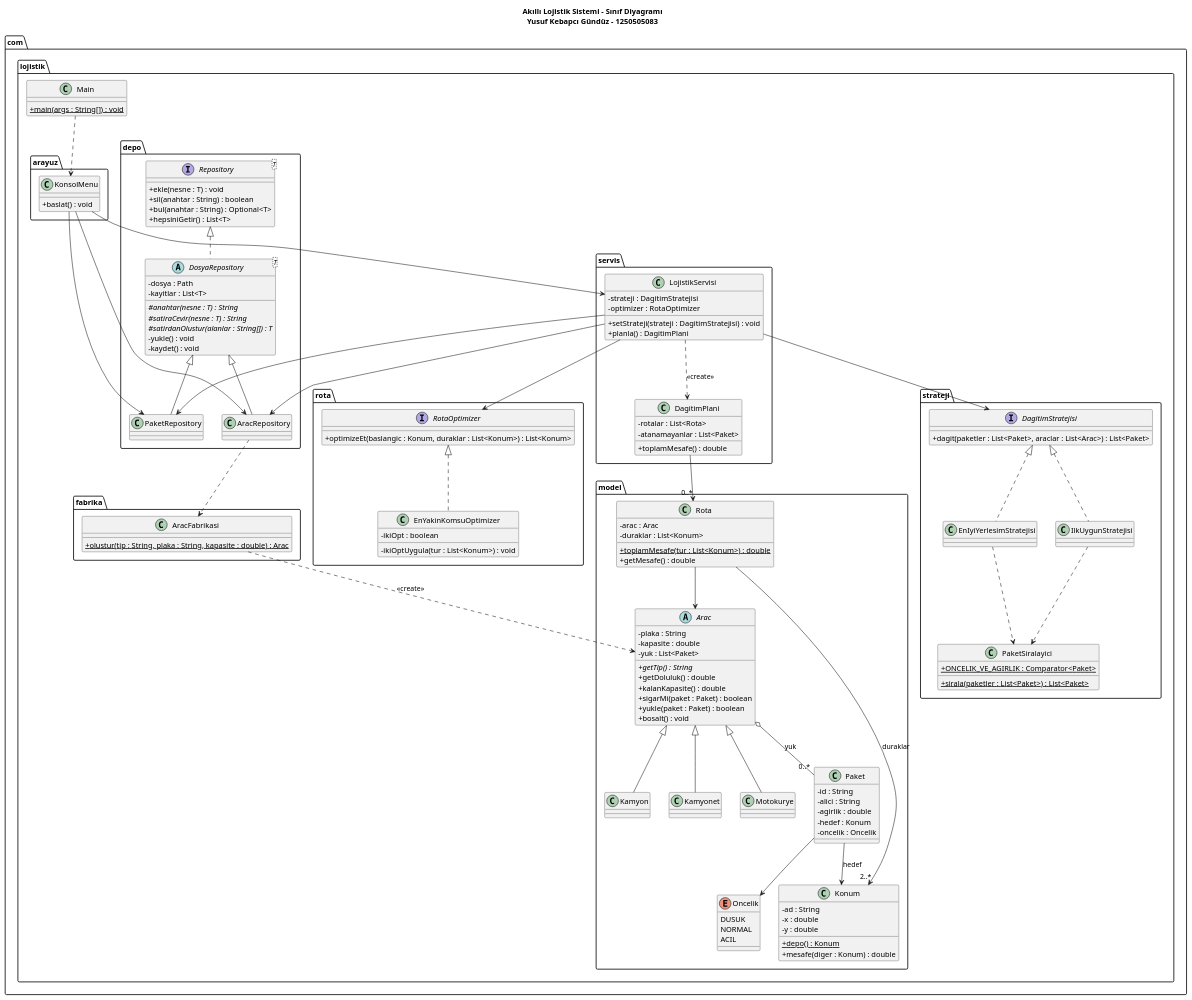
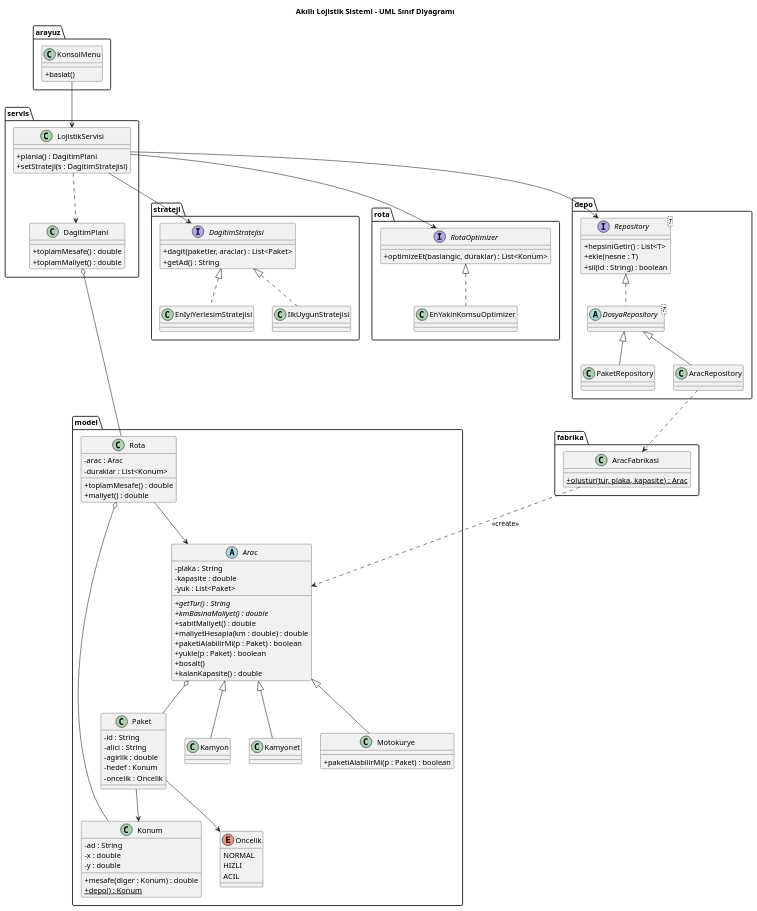
The diagram in uml.puml (YusfGndzz/Lojistik), drawn with PlantUML before and after one commit. The commit also changed 27 other files, not shown here.

```diff
--- a/uml.puml
+++ b/uml.puml
@@ -1,161 +1,123 @@
 @startuml
-title Akıllı Lojistik Sistemi - Sınıf Diyagramı\nYusuf Kebapcı Gündüz - 1250505083
-
+title Akıllı Lojistik Sistemi - UML Sınıf Diyagramı
 skinparam classAttributeIconSize 0
 
-package com.lojistik {
-  class Main {
-    + {static} main(args : String[]) : void
-  }
-}
-
-package com.lojistik.model {
+package model {
   class Konum {
     - ad : String
     - x : double
     - y : double
+    + mesafe(diger : Konum) : double
     + {static} depo() : Konum
-    + mesafe(diger : Konum) : double
   }
-
   enum Oncelik {
-    DUSUK
     NORMAL
+    HIZLI
     ACIL
   }
-
   class Paket {
     - id : String
     - alici : String
     - agirlik : double
     - hedef : Konum
     - oncelik : Oncelik
   }
-
   abstract class Arac {
     - plaka : String
     - kapasite : double
     - yuk : List<Paket>
-    + {abstract} getTip() : String
-    + getDoluluk() : double
+    + {abstract} getTur() : String
+    + {abstract} kmBasinaMaliyet() : double
+    + sabitMaliyet() : double
+    + maliyetHesapla(km : double) : double
+    + paketiAlabilirMi(p : Paket) : boolean
+    + yukle(p : Paket) : boolean
+    + bosalt()
     + kalanKapasite() : double
-    + sigarMi(paket : Paket) : boolean
-    + yukle(paket : Paket) : boolean
-    + bosalt() : void
   }
-
   class Kamyon
   class Kamyonet
-  class Motokurye
-
+  class Motokurye {
+    + paketiAlabilirMi(p : Paket) : boolean
+  }
   class Rota {
     - arac : Arac
     - duraklar : List<Konum>
-    + {static} toplamMesafe(tur : List<Konum>) : double
-    + getMesafe() : double
+    + toplamMesafe() : double
+    + maliyet() : double
   }
 }
 
-package com.lojistik.strateji {
+package strateji {
   interface DagitimStratejisi {
-    + dagit(paketler : List<Paket>, araclar : List<Arac>) : List<Paket>
+    + dagit(paketler, araclar) : List<Paket>
+    + getAd() : String
   }
   class EnIyiYerlesimStratejisi
   class IlkUygunStratejisi
-  class PaketSiralayici {
-    + {static} ONCELIK_VE_AGIRLIK : Comparator<Paket>
-    + {static} sirala(paketler : List<Paket>) : List<Paket>
+}
+
+package rota {
+  interface RotaOptimizer {
+    + optimizeEt(baslangic, duraklar) : List<Konum>
+  }
+  class EnYakinKomsuOptimizer
+}
+
+package fabrika {
+  class AracFabrikasi {
+    + {static} olustur(tur, plaka, kapasite) : Arac
   }
 }
 
-package com.lojistik.rota {
-  interface RotaOptimizer {
-    + optimizeEt(baslangic : Konum, duraklar : List<Konum>) : List<Konum>
+package depo {
+  interface "Repository<T>" as Repository {
+    + hepsiniGetir() : List<T>
+    + ekle(nesne : T)
+    + sil(id : String) : boolean
   }
-  class EnYakinKomsuOptimizer {
-    - ikiOpt : boolean
-    - ikiOptUygula(tur : List<Konum>) : void
-  }
-}
-
-package com.lojistik.fabrika {
-  class AracFabrikasi {
-    + {static} olustur(tip : String, plaka : String, kapasite : double) : Arac
-  }
-}
-
-package com.lojistik.depo {
-  interface "Repository<T>" as Repository {
-    + ekle(nesne : T) : void
-    + sil(anahtar : String) : boolean
-    + bul(anahtar : String) : Optional<T>
-    + hepsiniGetir() : List<T>
-  }
-  abstract class "DosyaRepository<T>" as DosyaRepository {
-    - dosya : Path
-    - kayitlar : List<T>
-    # {abstract} anahtar(nesne : T) : String
-    # {abstract} satiraCevir(nesne : T) : String
-    # {abstract} satirdanOlustur(alanlar : String[]) : T
-    - yukle() : void
-    - kaydet() : void
-  }
+  abstract class "DosyaRepository<T>" as DosyaRepository
   class PaketRepository
   class AracRepository
 }
 
-package com.lojistik.servis {
+package servis {
   class LojistikServisi {
-    - strateji : DagitimStratejisi
-    - optimizer : RotaOptimizer
-    + setStrateji(strateji : DagitimStratejisi) : void
     + planla() : DagitimPlani
+    + setStrateji(s : DagitimStratejisi)
   }
   class DagitimPlani {
-    - rotalar : List<Rota>
-    - atanamayanlar : List<Paket>
     + toplamMesafe() : double
+    + toplamMaliyet() : double
   }
 }
 
-package com.lojistik.arayuz {
+package arayuz {
   class KonsolMenu {
-    + baslat() : void
+    + baslat()
   }
 }
 
 Arac <|-- Kamyon
 Arac <|-- Kamyonet
 Arac <|-- Motokurye
-Paket --> Konum : hedef
+Paket --> Konum
 Paket --> Oncelik
-Arac o-- "0..*" Paket : yuk
+Arac o-- Paket
 Rota --> Arac
-Rota --> "2..*" Konum : duraklar
-
+Rota o-- Konum
 DagitimStratejisi <|.. EnIyiYerlesimStratejisi
 DagitimStratejisi <|.. IlkUygunStratejisi
-EnIyiYerlesimStratejisi ..> PaketSiralayici
-IlkUygunStratejisi ..> PaketSiralayici
-
 RotaOptimizer <|.. EnYakinKomsuOptimizer
-
-AracFabrikasi ..> Arac : <<create>>
-
 Repository <|.. DosyaRepository
 DosyaRepository <|-- PaketRepository
 DosyaRepository <|-- AracRepository
 AracRepository ..> AracFabrikasi
-
-LojistikServisi --> PaketRepository
-LojistikServisi --> AracRepository
+AracFabrikasi ..> Arac : <<create>>
+LojistikServisi --> Repository
 LojistikServisi --> DagitimStratejisi
 LojistikServisi --> RotaOptimizer
-LojistikServisi ..> DagitimPlani : <<create>>
-DagitimPlani --> "0..*" Rota
-
+LojistikServisi ..> DagitimPlani
+DagitimPlani o-- Rota
 KonsolMenu --> LojistikServisi
-KonsolMenu --> PaketRepository
-KonsolMenu --> AracRepository
-Main ..> KonsolMenu
 @enduml
```
